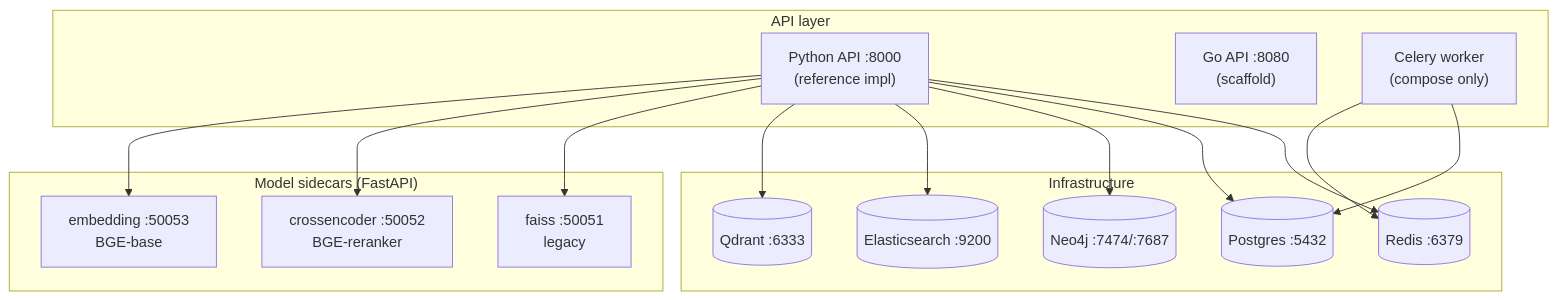
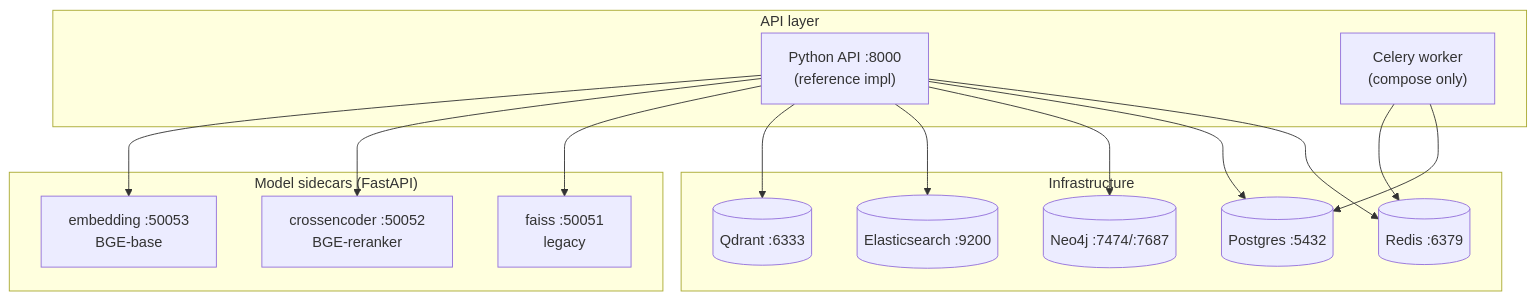
Before and after one commit to wilke/ragstack: the diagram in docs/DEPLOYMENT.md, drawn with Mermaid. The commit also changed other lines of this file and 7 other files, not shown here.

````diff
--- a/docs/DEPLOYMENT.md
+++ b/docs/DEPLOYMENT.md
@@ -19,23 +19,22 @@
 ```mermaid
 flowchart TB
   subgraph api["API layer"]
     PY["Python API :8000<br/>(reference impl)"]
-    GO["Go API :8080<br/>(scaffold)"]
     WK["Celery worker<br/>(compose only)"]
   end
   subgraph sc["Model sidecars (FastAPI)"]
     EMB["embedding :50053<br/>BGE-base"]
     CE["crossencoder :50052<br/>BGE-reranker"]
     FA["faiss :50051<br/>legacy"]
   end
   subgraph infra["Infrastructure"]
     QD[("Qdrant :6333")]
     ES[("Elasticsearch :9200")]
     NEO[("Neo4j :7474/:7687")]
     PG[("Postgres :5432")]
     RD[("Redis :6379")]
   end
   PY --> EMB & CE & FA
   PY --> QD & ES & NEO & PG & RD
   WK --> RD & PG
 ```
````
